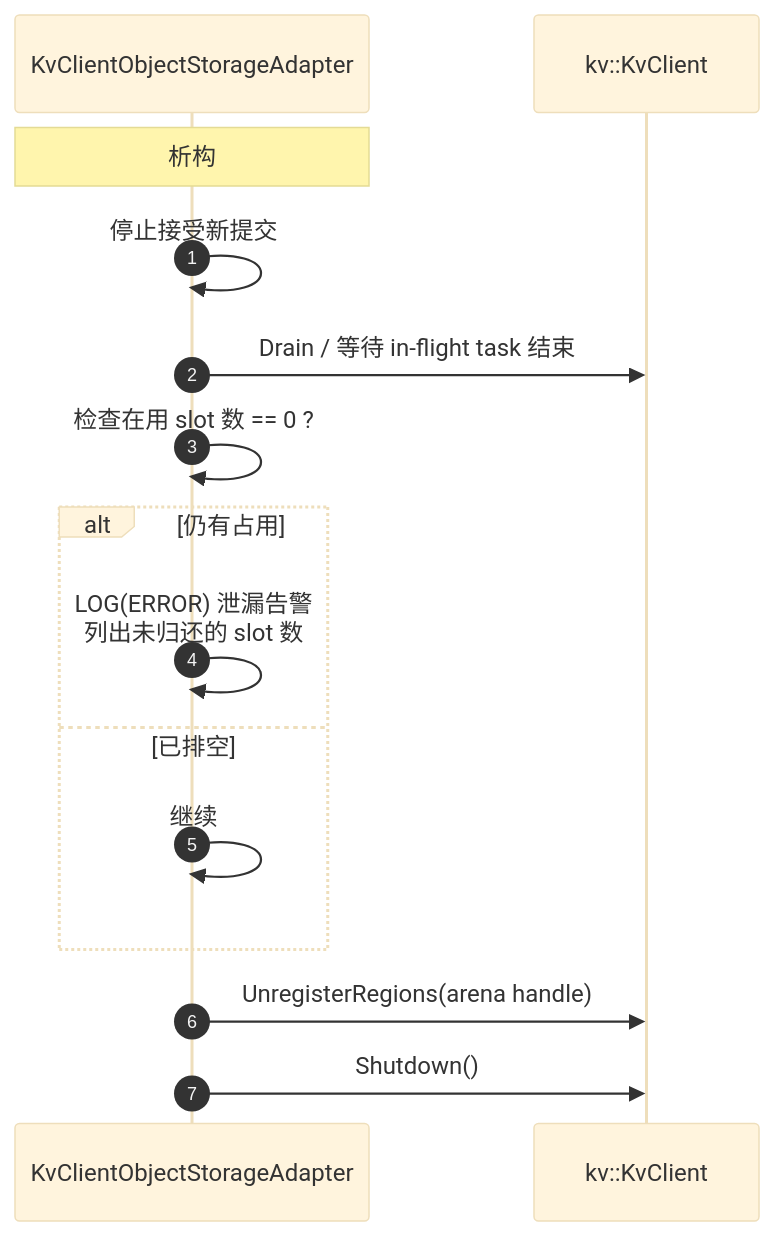
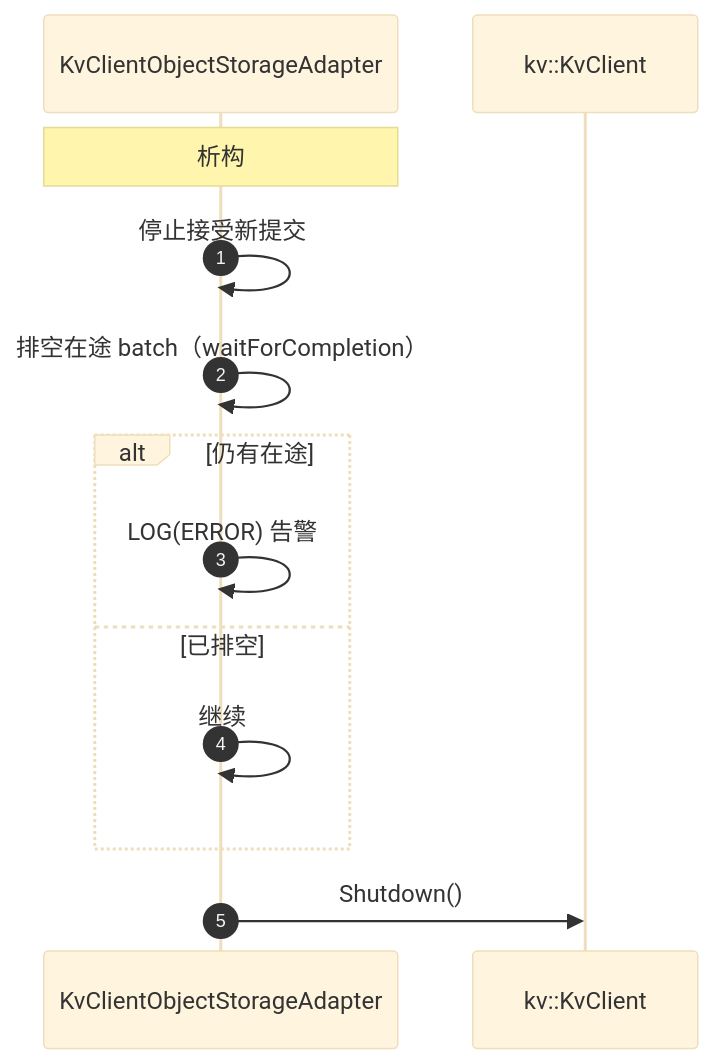
Diagram 13 of 13 in Mooncake + KVClient L3 接入（Kvcs）- v3.md (zwj20000328-dotcom/Mooncake-documents), drawn with Mermaid (base theme) before and after one commit. The commit also changed other lines of this file, not shown here.

First line of the commit message:
docs: register caller buffers per batch inside the adapter

````diff
--- a/Mooncake + KVClient L3 接入（Kvcs）- v3.md
+++ b/Mooncake + KVClient L3 接入（Kvcs）- v3.md
@@ -760,18 +756,16 @@
 ```mermaid
 sequenceDiagram
     autonumber
     participant AD as KvClientObjectStorageAdapter
     participant SDK as kv::KvClient
 
     Note over AD: 析构
     AD->>AD: 停止接受新提交
-    AD->>SDK: Drain / 等待 in-flight task 结束
-    AD->>AD: 检查在用 slot 数 == 0 ?
-    alt 仍有占用
-        AD->>AD: LOG(ERROR) 泄漏告警<br/>列出未归还的 slot 数
+    AD->>AD: 排空在途 batch（waitForCompletion）
+    alt 仍有在途
+        AD->>AD: LOG(ERROR) 告警
     else 已排空
         AD->>AD: 继续
     end
-    AD->>SDK: UnregisterRegions(arena handle)
     AD->>SDK: Shutdown()
 ```
````
